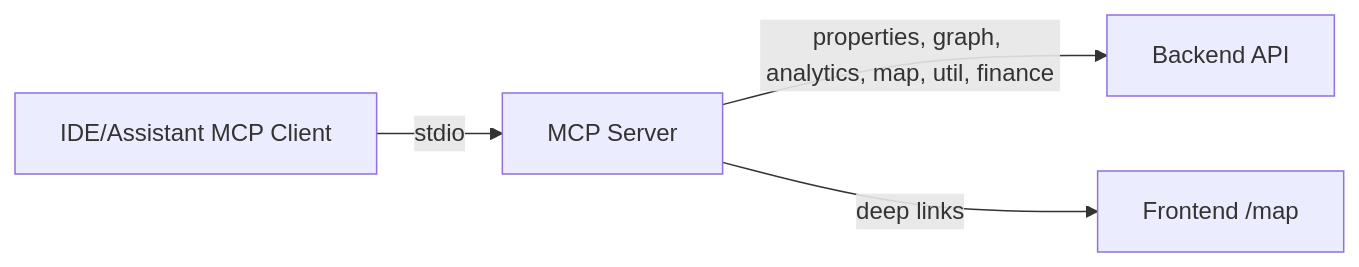
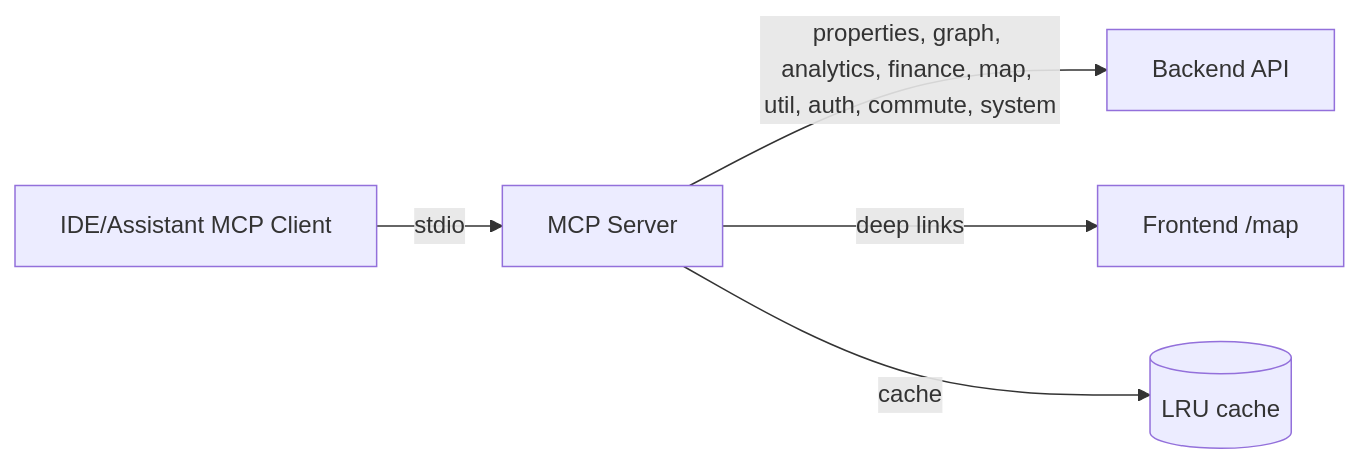
Before and after one commit to joonseolee/EstateWise-Chapel-Hill-Chatbot: the first of 7 diagrams in mcp/README.md, drawn with Mermaid. The commit also changed other lines of this file and 45 other files, not shown here.

````diff
--- a/mcp/README.md
+++ b/mcp/README.md
@@ -94,6 +138,7 @@
 ```mermaid
 flowchart LR
   Client[IDE/Assistant MCP Client] -- stdio --> Server[MCP Server]
-  Server -->|properties, graph, analytics, map, util, finance| API[Backend API]
+  Server -->|properties, graph, analytics, finance, map, util, auth, commute, system| API[Backend API]
   Server -->|deep links| Frontend[Frontend /map]
+  Server -->|cache| Cache[(LRU cache)]
 ```
````
